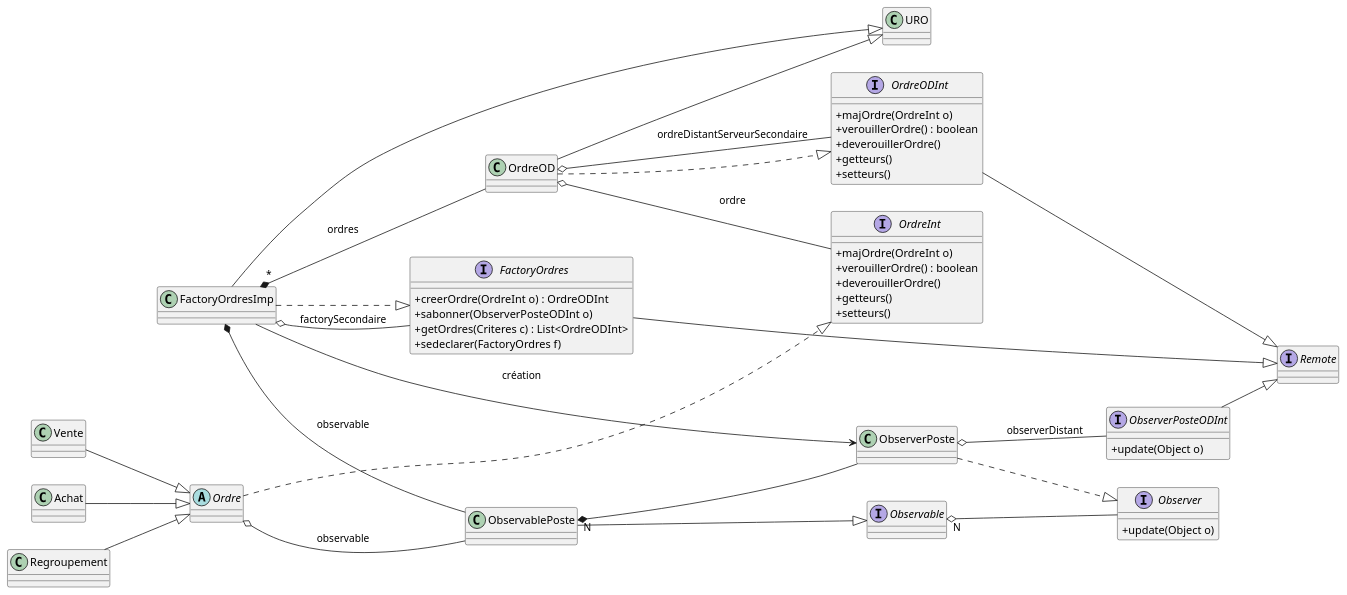
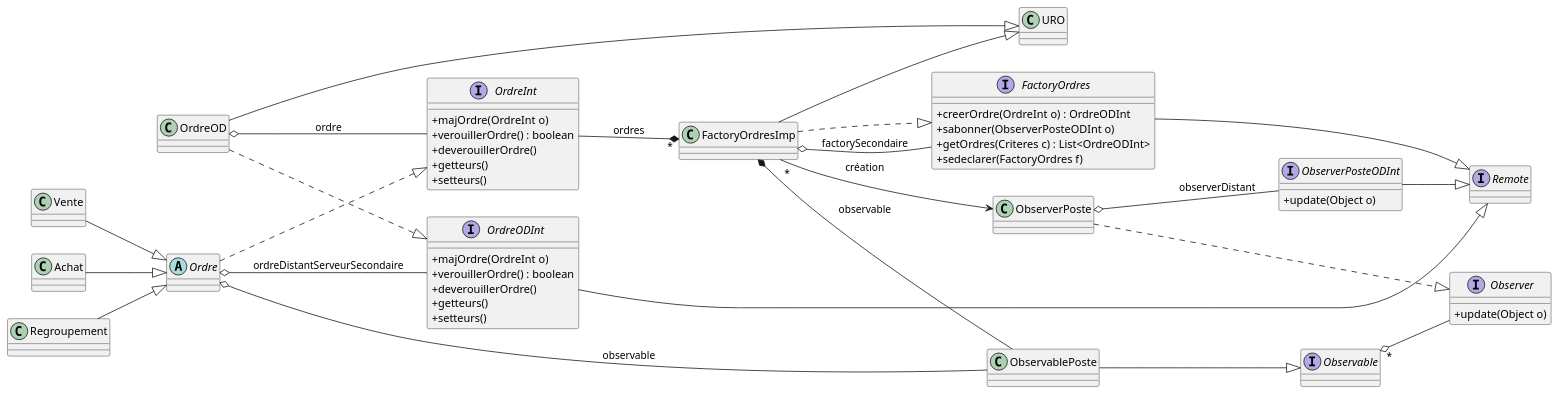
Before and after one commit to enzofrnt/Annale-NSY102: the diagram in 2023-2024/3.2.puml, drawn with PlantUML.

```diff
--- a/2023-2024/3.2.puml
+++ b/2023-2024/3.2.puml
@@ -1,119 +1,118 @@
 @startuml
 left to right direction
 skinparam classAttributeIconSize 0
 
 ' =========================
 ' COMPOSANT 1 - Serveur Principal
 ' =========================
 
 ' =========================
 ' Remote / URO
 ' =========================
 interface Remote
 class URO
 
 ' =========================
 ' Factory des Ordres (distant par héritage)
 ' =========================
 interface FactoryOrdres {
   +creerOrdre(OrdreInt o) : OrdreODInt
   +sabonner(ObserverPosteODInt o)
   +getOrdres(Criteres c) : List<OrdreODInt>
   +sedeclarer(FactoryOrdres f)
 }
 FactoryOrdres --|> Remote
 
 class FactoryOrdresImp {
 }
 FactoryOrdresImp --|> URO
 FactoryOrdresImp ..|> FactoryOrdres
 
-' FactoryOrdresImp gère les OrdreOD (adaptateurs distants) en mémoire
-FactoryOrdresImp "*" *-- OrdreOD : ordres
-
 ' FactoryOrdresImp connaît l'observable
 FactoryOrdresImp *-- ObservablePoste : observable
 
 ' FactoryOrdresImp crée les ObserverPoste lors de chaque sabonner()
-FactoryOrdresImp --> ObserverPoste : création
+FactoryOrdresImp "*" --> ObserverPoste : création
 
 ' FactoryOrdresImp connaît le factory du serveur secondaire
 FactoryOrdresImp o-- FactoryOrdres : factorySecondaire
 
 ' =========================
 ' Observer / Observable
 ' =========================
 interface Observable
 
 interface Observer {
   +update(Object o)
 }
-Observable "N" o-- Observer
+Observable "*" o-- Observer
 
 class ObservablePoste
 ObservablePoste --|> Observable
 
 class ObserverPoste
 ObserverPoste ..|> Observer
-ObservablePoste "N" *-- ObserverPoste
 
 ' ObserverPoste utilise l'interface distante du poste pour notifier
 ObserverPoste o-- ObserverPosteODInt : observerDistant
 
 interface ObserverPosteODInt {
   +update(Object o)
 }
 ObserverPosteODInt --|> Remote
 
 ' =========================
 ' Interface distante des Ordres
 ' =========================
 interface OrdreODInt {
   +majOrdre(OrdreInt o)
   +verouillerOrdre() : boolean
   +deverouillerOrdre()
   +getteurs()
   +setteurs()
 }
 OrdreODInt --|> Remote
 
 ' =========================
 ' Interface locale des Ordres
 ' =========================
 interface OrdreInt {
   +majOrdre(OrdreInt o)
   +verouillerOrdre() : boolean
   +deverouillerOrdre()
   +getteurs()
   +setteurs()
 }
 
 ' =========================
 ' OrdreOD : Adaptateur pour rendre Ordre distant
 ' =========================
 class OrdreOD
 OrdreOD --|> URO
 OrdreOD ..|> OrdreODInt
 
 ' OrdreOD adapte un Ordre local via l'interface OrdreInt
 OrdreOD o-- OrdreInt : ordre
 
 ' OrdreOD connaît l'ordre équivalent sur le serveur secondaire
-OrdreOD o-- OrdreODInt : ordreDistantServeurSecondaire
+' OrdreOD o-- OrdreODInt : ordreDistantServeurSecondaire
 
 ' =========================
 ' Ordre (abstract) et ses sous-types
 ' =========================
 abstract class Ordre
+Ordre o-- OrdreODInt : ordreDistantServeurSecondaire
 Ordre ..|> OrdreInt
 Ordre o-- ObservablePoste : observable
 
 class Vente
 class Achat
 class Regroupement
 
 Vente --|> Ordre
 Achat --|> Ordre
 Regroupement --|> Ordre
 
+OrdreInt --* "*" FactoryOrdresImp : ordres
+
 @enduml
```
